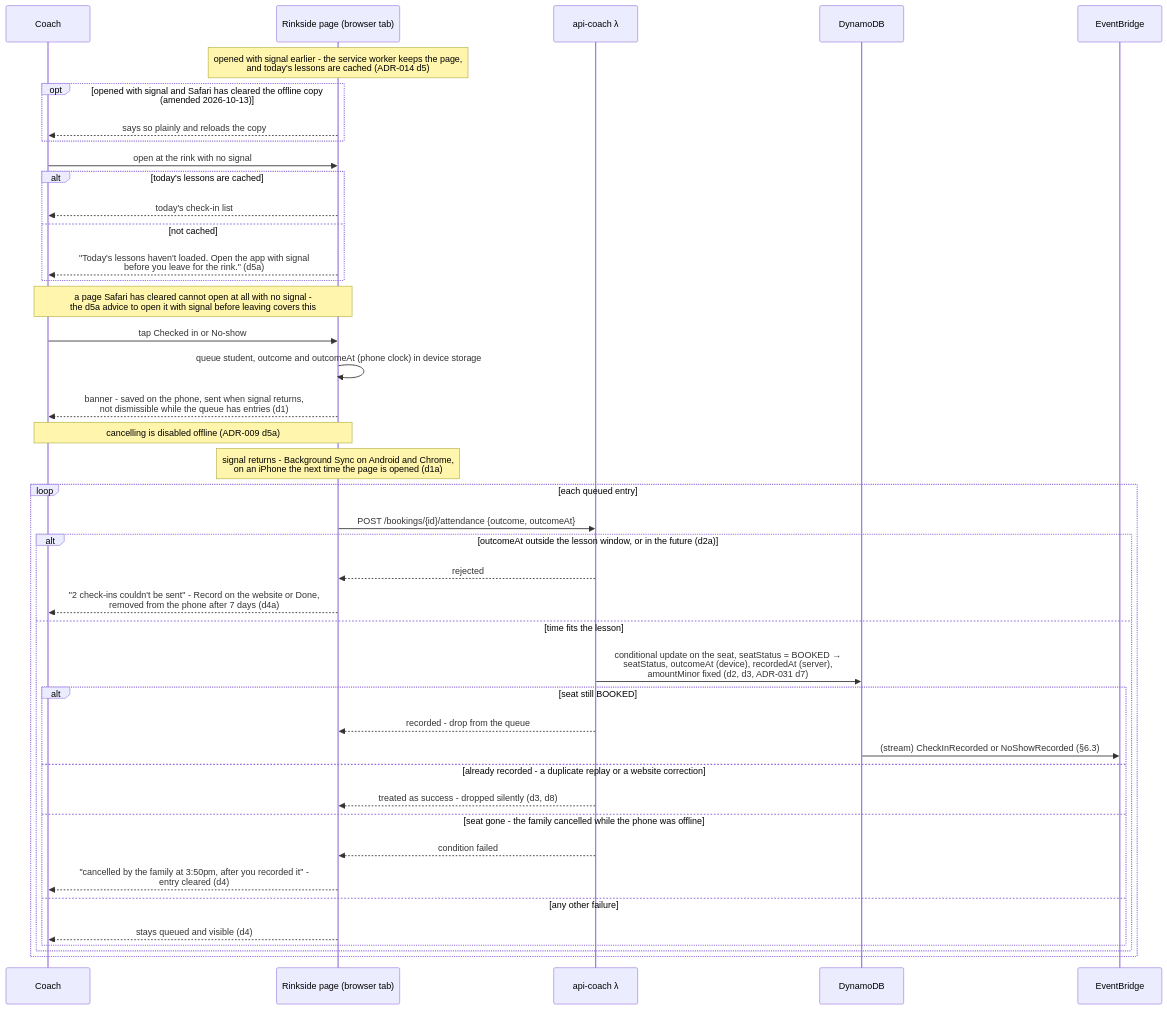
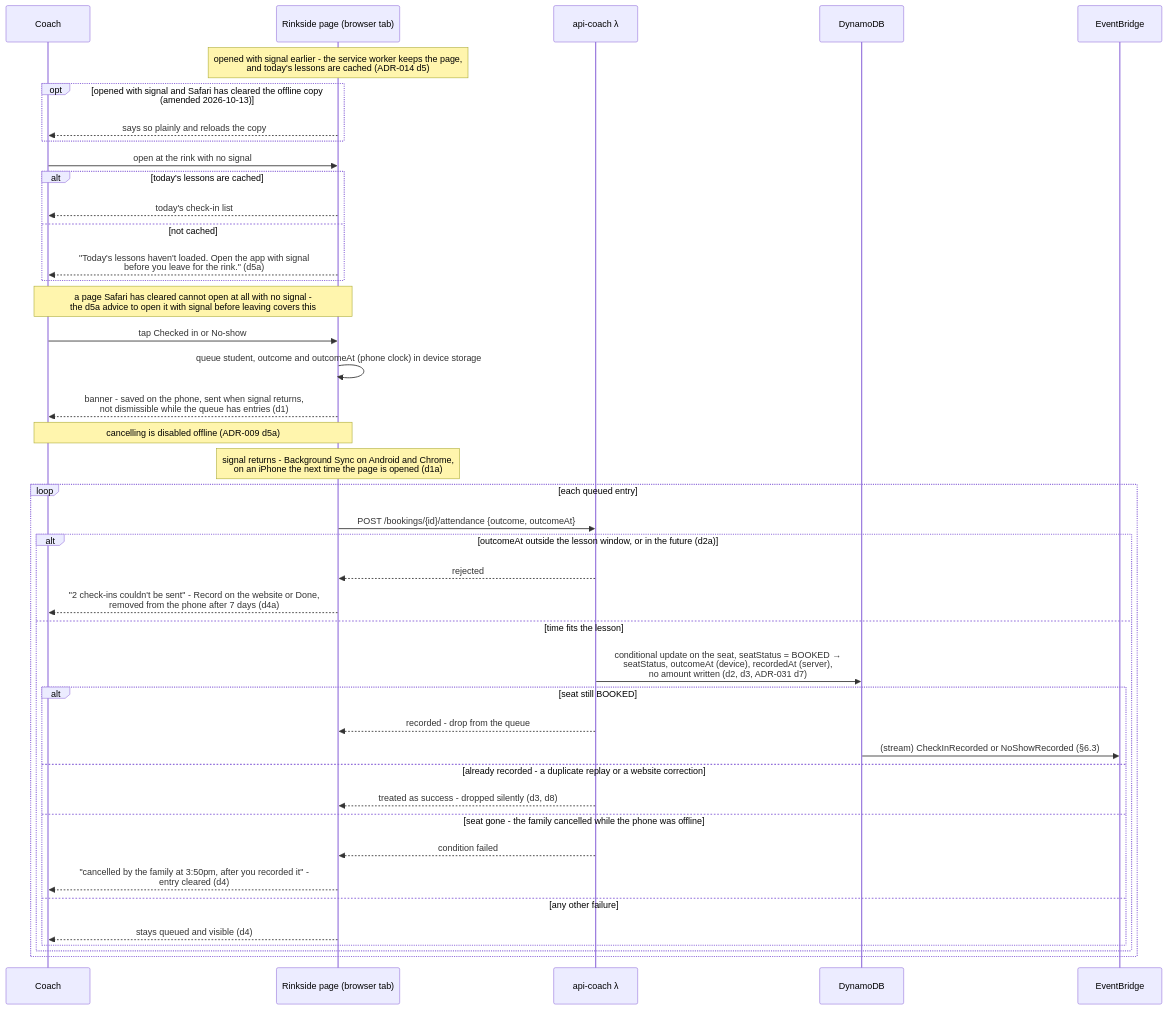
One commit to jessicamvega6/bladebook changed diagram 12 of 28 in docs/architecture.md. Above: the diagram before and after it, drawn with Mermaid. The commit also changed other lines of this file and 30 other files, not shown here.

````diff
--- a/docs/architecture.md
+++ b/docs/architecture.md
@@ -953,44 +952,44 @@
 ```mermaid
 sequenceDiagram
     participant C as Coach
     participant P as Rinkside page (browser tab)
     participant API as api-coach λ
     participant DB as DynamoDB
     participant Bus as EventBridge
     Note over P: opened with signal earlier - the service worker keeps the page,<br/>and today's lessons are cached (ADR-014 d5)
     opt opened with signal and Safari has cleared the offline copy (amended 2026-10-13)
         P-->>C: says so plainly and reloads the copy
     end
     C->>P: open at the rink with no signal
     alt today's lessons are cached
         P-->>C: today's check-in list
     else not cached
         P-->>C: "Today's lessons haven't loaded. Open the app with signal<br/>before you leave for the rink." (d5a)
     end
     Note over C,P: a page Safari has cleared cannot open at all with no signal -<br/>the d5a advice to open it with signal before leaving covers this
     C->>P: tap Checked in or No-show
     P->>P: queue student, outcome and outcomeAt (phone clock) in device storage
     P-->>C: banner - saved on the phone, sent when signal returns,<br/>not dismissible while the queue has entries (d1)
     Note over C,P: cancelling is disabled offline (ADR-009 d5a)
     Note over P: signal returns - Background Sync on Android and Chrome,<br/>on an iPhone the next time the page is opened (d1a)
     loop each queued entry
         P->>API: POST /bookings/{id}/attendance {outcome, outcomeAt}
         alt outcomeAt outside the lesson window, or in the future (d2a)
             API-->>P: rejected
             P-->>C: "2 check-ins couldn't be sent" - Record on the website or Done,<br/>removed from the phone after 7 days (d4a)
         else time fits the lesson
-            API->>DB: conditional update on the seat, seatStatus = BOOKED →<br/>seatStatus, outcomeAt (device), recordedAt (server),<br/>amountMinor fixed (d2, d3, ADR-031 d7)
+            API->>DB: conditional update on the seat, seatStatus = BOOKED →<br/>seatStatus, outcomeAt (device), recordedAt (server),<br/>no amount written (d2, d3, ADR-031 d7)
             alt seat still BOOKED
                 API-->>P: recorded - drop from the queue
                 DB->>Bus: (stream) CheckInRecorded or NoShowRecorded (§6.3)
             else already recorded - a duplicate replay or a website correction
                 API-->>P: treated as success - dropped silently (d3, d8)
             else seat gone - the family cancelled while the phone was offline
                 API-->>P: condition failed
                 P-->>C: "cancelled by the family at 3:50pm, after you recorded it" -<br/>entry cleared (d4)
             else any other failure
                 P-->>C: stays queued and visible (d4)
             end
         end
     end
 ```
````
